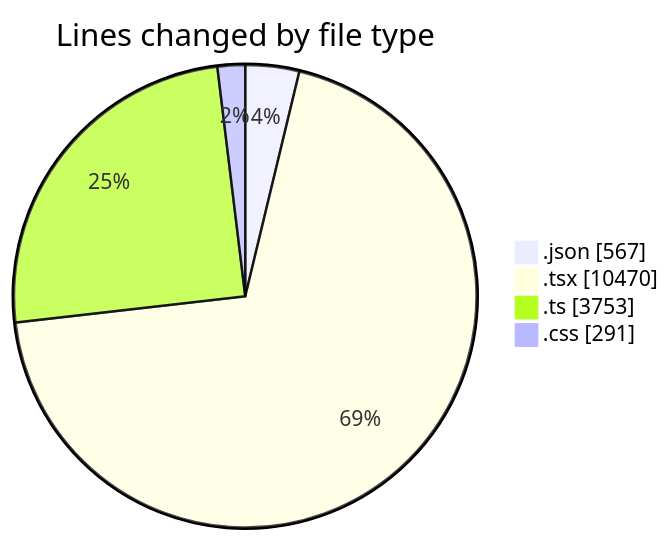
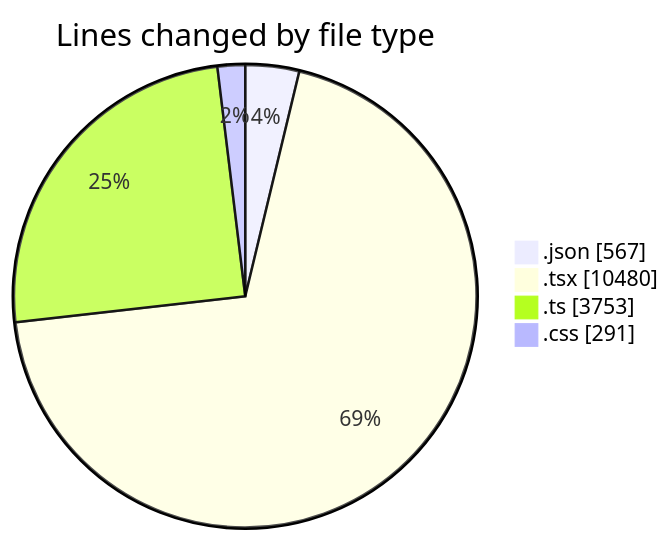
Before and after one commit to julien-gomy/code-tracking: the first of 2 diagrams in 2025-10-07/eventscop-frontend-guide__workspace_/README.md, drawn with Mermaid. The commit also changed other lines of this file and 1 other file, not shown here.

````diff
--- a/2025-10-07/eventscop-frontend-guide__workspace_/README.md
+++ b/2025-10-07/eventscop-frontend-guide__workspace_/README.md
@@ -94,8 +94,8 @@
 ```mermaid
 pie showData
 title Lines changed by file type
 ".json" : 567
-".tsx" : 10470
+".tsx" : 10480
 ".ts" : 3753
 ".css" : 291
 ```
````
